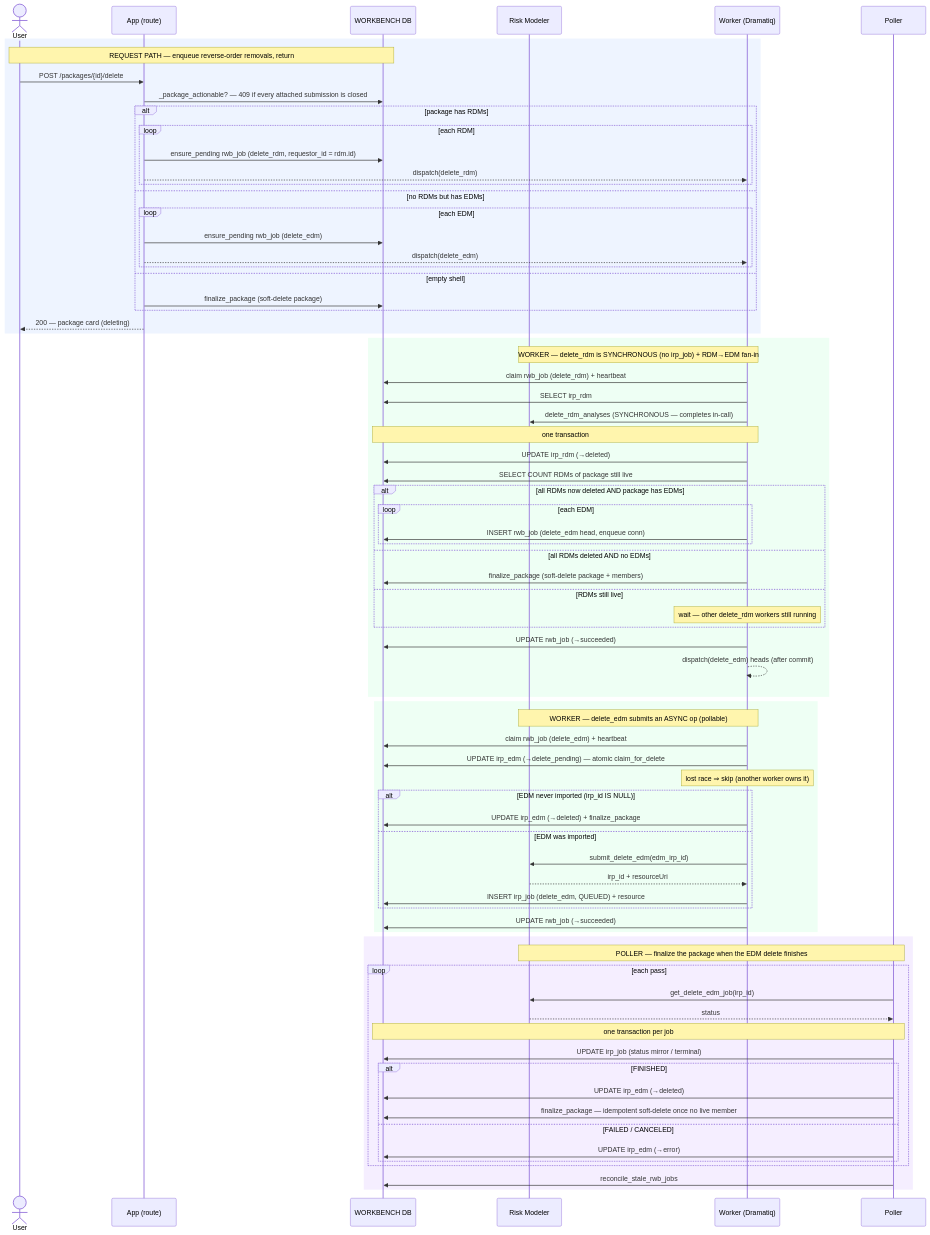
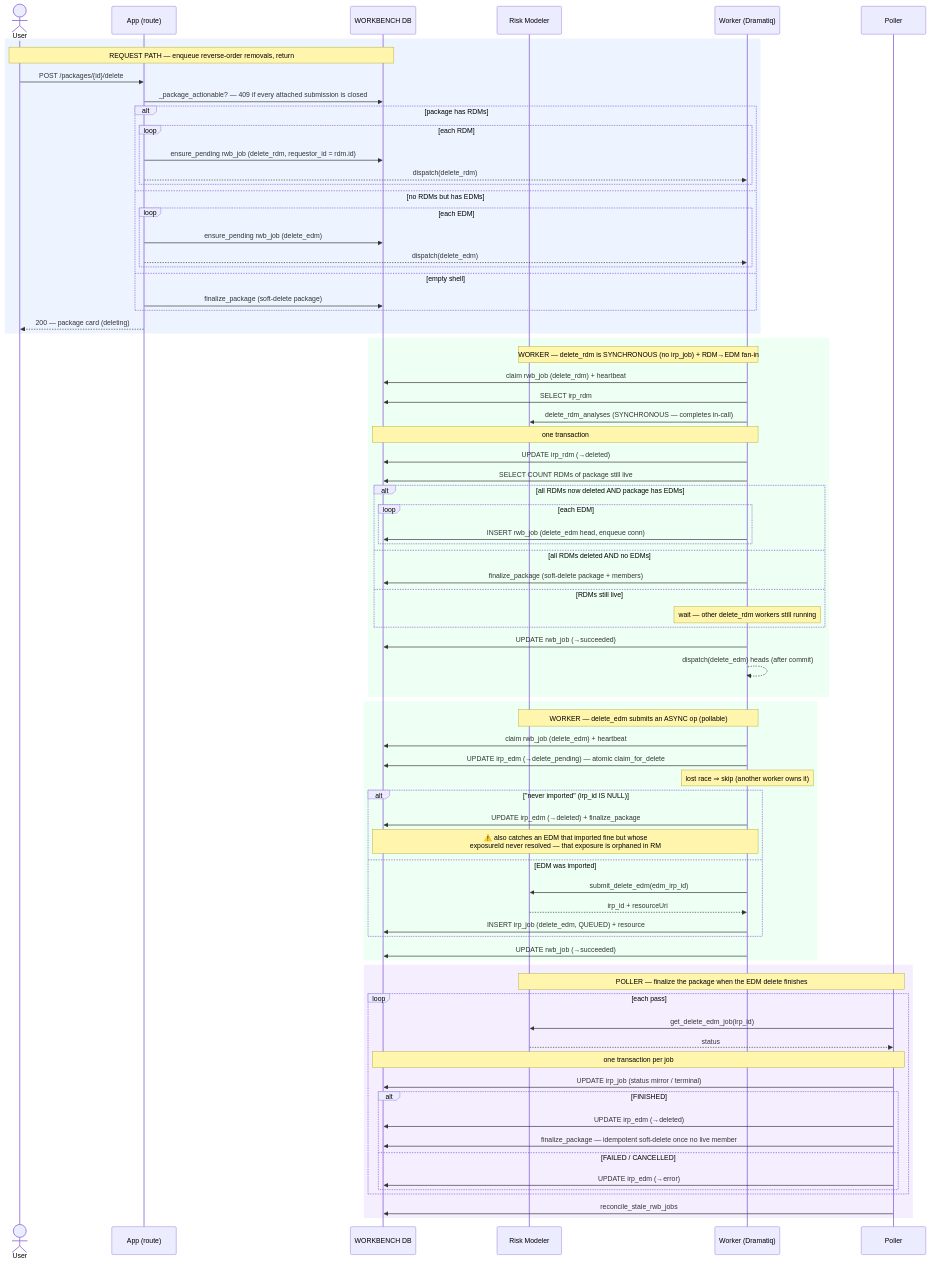
One commit to anilvenugopal/risk-workbench changed the diagram in docs/sequence_diagrams/packages/delete_package.md. Above: the diagram before and after it, drawn with Mermaid. The commit also changed other lines of this file and 5 other files, not shown here.

Commit message:
Update sequence diagrams after review

```diff
--- a/docs/sequence_diagrams/packages/delete_package.md
+++ b/docs/sequence_diagrams/packages/delete_package.md
@@ -90,8 +90,9 @@
         W->>DB: claim rwb_job (delete_edm) + heartbeat
         W->>DB: UPDATE irp_edm (→delete_pending) — atomic claim_for_delete
         Note over W: lost race ⇒ skip (another worker owns it)
-        alt EDM never imported (irp_id IS NULL)
+        alt "never imported" (irp_id IS NULL)
             W->>DB: UPDATE irp_edm (→deleted) + finalize_package
+            Note over W,DB: ⚠️ also catches an EDM that imported fine but whose<br/>exposureId never resolved — that exposure is orphaned in RM
         else EDM was imported
             W->>RM: submit_delete_edm(edm_irp_id)
             RM-->>W: irp_id + resourceUri
@@ -110,7 +111,7 @@
             alt FINISHED
                 P->>DB: UPDATE irp_edm (→deleted)
                 P->>DB: finalize_package — idempotent soft-delete once no live member
-            else FAILED / CANCELED
+            else FAILED / CANCELLED
                 P->>DB: UPDATE irp_edm (→error)
             end
         end
```
